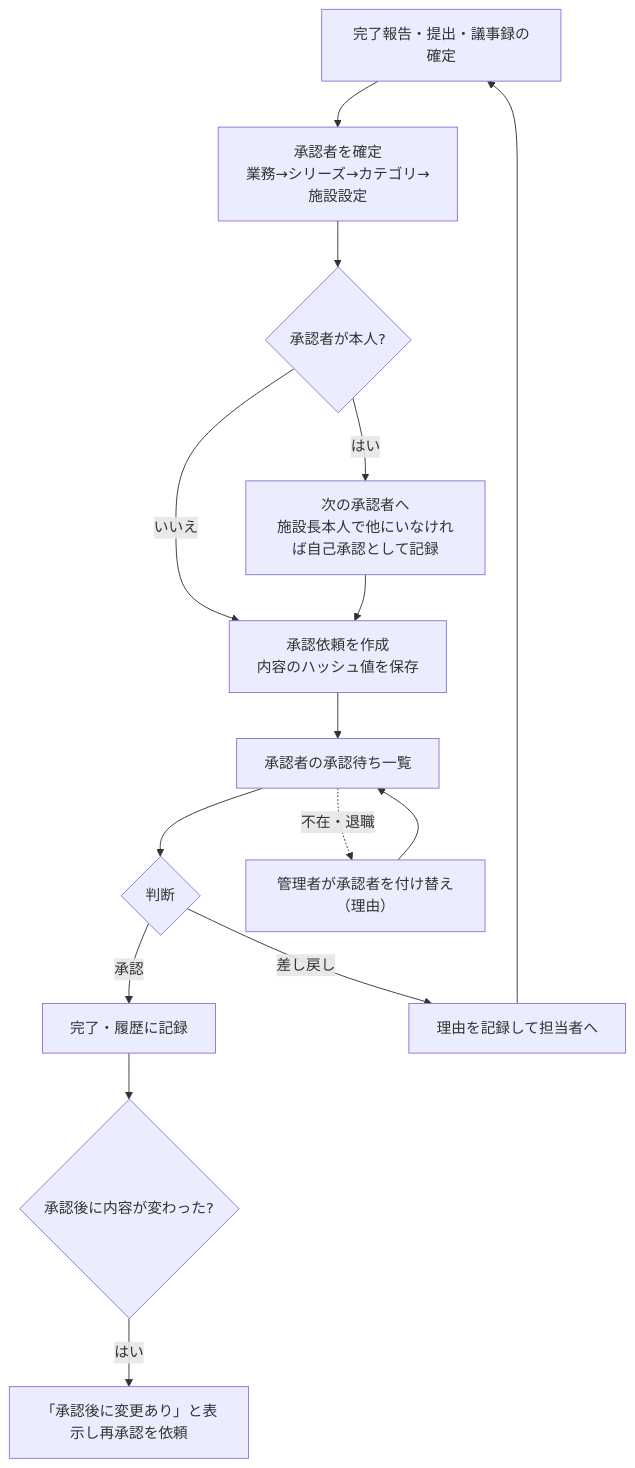
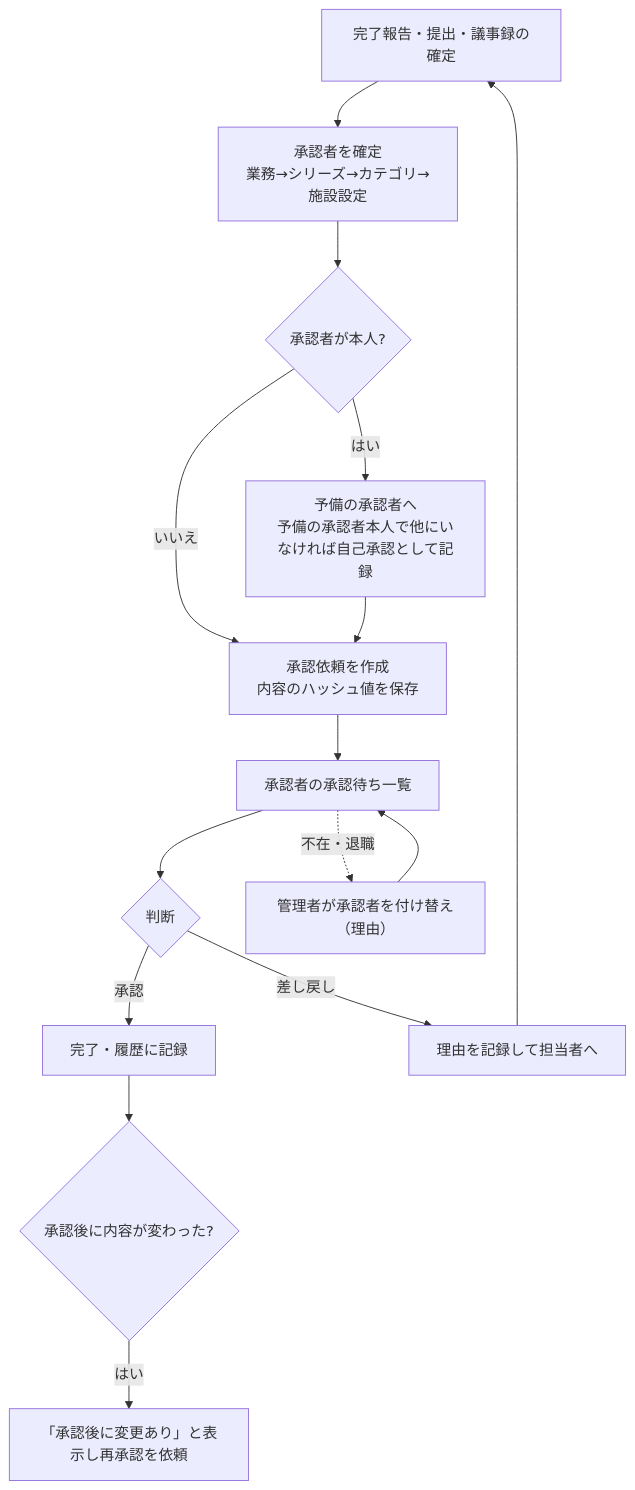
One commit to mao726/company changed the seventh of 11 diagrams in ai-facility-partner/docs/product/user-flows.md. Above: the diagram before and after it, drawn with Mermaid. The commit also changed other lines of this file and 15 other files, not shown here.

````diff
--- a/ai-facility-partner/docs/product/user-flows.md
+++ b/ai-facility-partner/docs/product/user-flows.md
@@ -116,17 +116,17 @@
 ```mermaid
 flowchart TD
   A[完了報告・提出・議事録の確定] --> B[承認者を確定<br/>業務→シリーズ→カテゴリ→施設設定]
   B --> B1{承認者が本人?}
-  B1 -- はい --> B2[次の承認者へ<br/>施設長本人で他にいなければ自己承認として記録]
+  B1 -- はい --> B2[予備の承認者へ<br/>予備の承認者本人で他にいなければ自己承認として記録]
   B1 -- いいえ --> C
   B2 --> C[承認依頼を作成<br/>内容のハッシュ値を保存]
   C --> D[承認者の承認待ち一覧]
   D --> E{判断}
   E -- 承認 --> F[完了・履歴に記録]
   E -- 差し戻し --> G[理由を記録して担当者へ]
   G --> A
   D -.不在・退職.-> R[管理者が承認者を付け替え（理由）]
   R --> D
   F --> H{承認後に内容が変わった?}
   H -- はい --> I[「承認後に変更あり」と表示し再承認を依頼]
 ```
````
